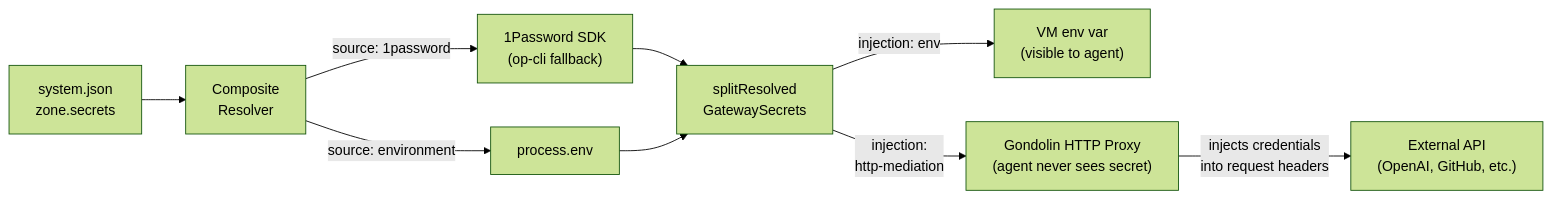
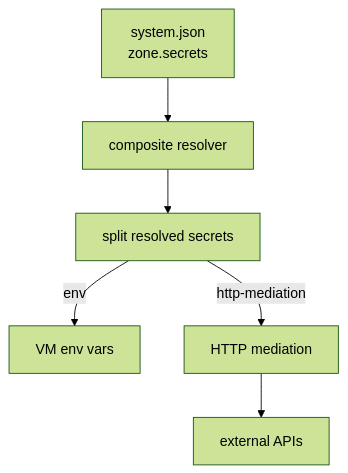
One commit to ShravanSunder/agent-vm changed the fourth of 4 diagrams in docs/architecture/overview.md. Above: the diagram before and after it, drawn with Mermaid (forest theme). The commit also changed other lines of this file and 297 other files, not shown here.

````diff
--- a/docs/architecture/overview.md
+++ b/docs/architecture/overview.md
@@ -509,11 +530,16 @@
 ```mermaid
-flowchart LR
-    Config["system.json\nzone.secrets"] --> Resolver["Composite\nResolver"]
-    Resolver -->|"source: 1password"| OP["1Password SDK\n(op-cli fallback)"]
-    Resolver -->|"source: environment"| Env["process.env"]
-    OP --> Split["splitResolved\nGatewaySecrets"]
-    Env --> Split
-    Split -->|"injection: env"| VMEnv["VM env var\n(visible to agent)"]
-    Split -->|"injection:\nhttp-mediation"| Proxy["Gondolin HTTP Proxy\n(agent never sees secret)"]
-    Proxy -->|"injects credentials\ninto request headers"| ExtAPI["External API\n(OpenAI, GitHub, etc.)"]
+flowchart TB
+    config["system.json
+zone.secrets"]
+    resolver["composite resolver"]
+    split["split resolved secrets"]
+    env["VM env vars"]
+    mediation["HTTP mediation"]
+    external["external APIs"]
+
+    config --> resolver
+    resolver --> split
+    split -->|"env"| env
+    split -->|"http-mediation"| mediation
+    mediation --> external
 ```
````
